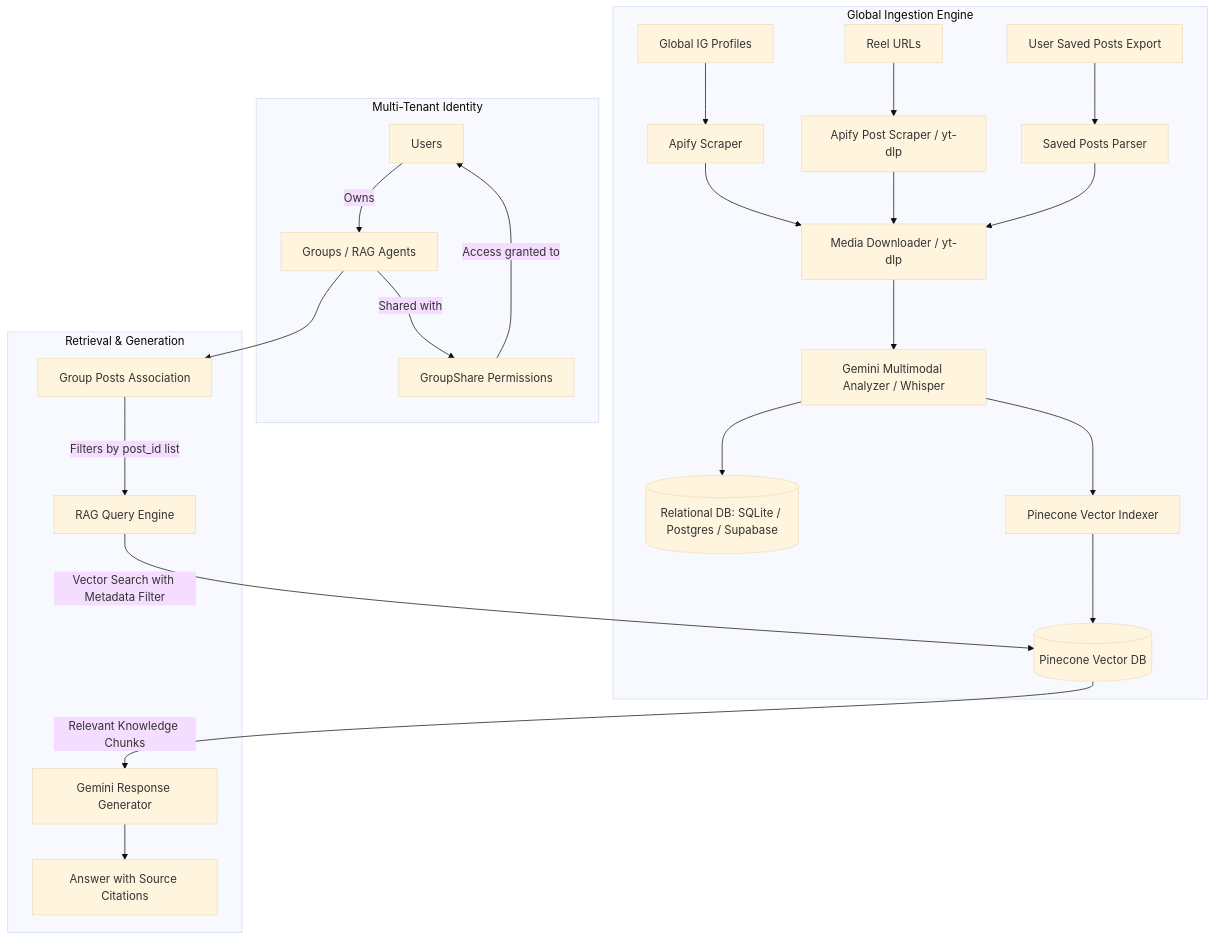
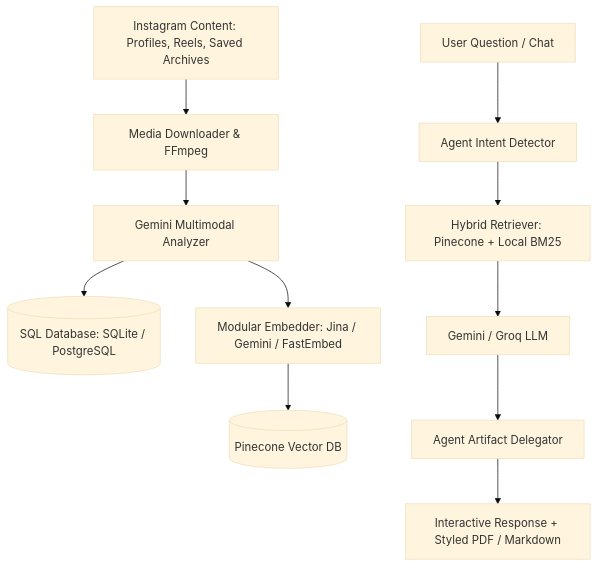
One commit to Xan007/instagram-to-rag changed the diagram in README.md. Above: the diagram before and after it, drawn with Mermaid (base theme). The commit also changed other lines of this file, not shown here.

````diff
--- a/README.md
+++ b/README.md
@@ -55,31 +31,14 @@
 ```mermaid
 flowchart TD
-    subgraph Multi-Tenant Identity
-        U[Users] -->|Owns| G[Groups / RAG Agents]
-        G -->|Shared with| S[GroupShare Permissions]
-        S -->|Access granted to| U
-    end
-
-    subgraph Global Ingestion Engine
-        IG[Global IG Profiles] --> Scraper[Apify Scraper]
-        ReelURL[Reel URLs] --> ScraperURL[Apify Post Scraper / yt-dlp]
-        SavedExport[User Saved Posts Export] --> SavedParser[Saved Posts Parser]
-        
-        Scraper --> Downloader[Media Downloader / yt-dlp]
-        ScraperURL --> Downloader
-        SavedParser --> Downloader
-        
-        Downloader --> Analyzer[Gemini Multimodal Analyzer / Whisper]
-        Analyzer --> PostDB[(Relational DB: SQLite / Postgres / Supabase)]
-        Analyzer --> Indexer[Pinecone Vector Indexer]
-        Indexer --> Pinecone[(Pinecone Vector DB)]
-    end
-
-    subgraph Retrieval & Generation
-        G --> GP[Group Posts Association]
-        GP -->|Filters by post_id list| QueryEngine[RAG Query Engine]
-        QueryEngine -->|Vector Search with Metadata Filter| Pinecone
-        Pinecone -->|Relevant Knowledge Chunks| Generator[Gemini Response Generator]
-        Generator --> Answer[Answer with Source Citations]
-    end
+    IG[Instagram Content: Profiles, Reels, Saved Archives] --> Downloader[Media Downloader & FFmpeg]
+    Downloader --> Analyzer[Gemini Multimodal Analyzer]
+    Analyzer --> DB[(SQL Database: SQLite / PostgreSQL)]
+    Analyzer --> Embedder[Modular Embedder: Jina / Gemini / FastEmbed]
+    Embedder --> VectorDB[(Pinecone Vector DB)]
+    
+    UserQuery[User Question / Chat] --> Detector[Agent Intent Detector]
+    Detector --> Retriever[Hybrid Retriever: Pinecone + Local BM25]
+    Retriever --> LLM[Gemini / Groq LLM]
+    LLM --> Delegator[Agent Artifact Delegator]
+    Delegator --> Output[Interactive Response + Styled PDF / Markdown]
 ```
````
